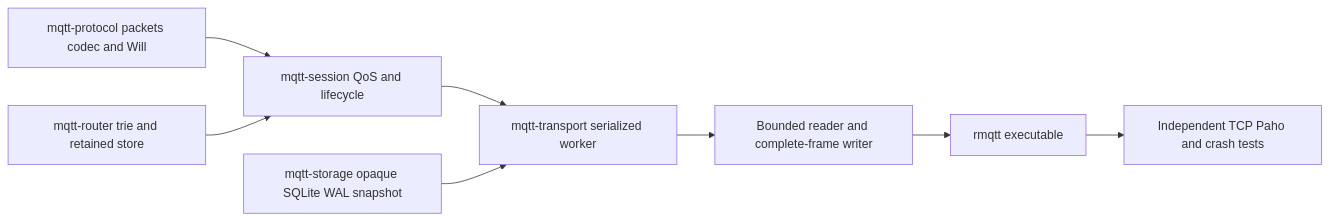
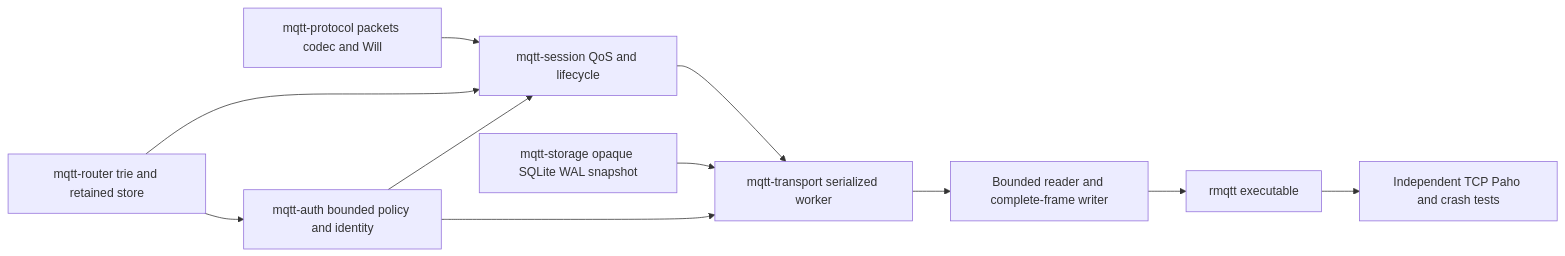
One commit to lyrnor/lyrnormq changed the diagram in docs/architecture.md. Above: the diagram before and after it, drawn with Mermaid. The commit also changed other lines of this file and 9 other files, not shown here.

````diff
--- a/docs/architecture.md
+++ b/docs/architecture.md
@@ -11,10 +12,13 @@
 ```mermaid
 graph LR
   Protocol[mqtt-protocol packets codec and Will] --> Model[mqtt-session QoS and lifecycle]
   Router[mqtt-router trie and retained store] --> Model
+  Router --> Auth[mqtt-auth bounded policy and identity]
+  Auth --> Model
+  Auth --> Worker
   Model --> Worker[mqtt-transport serialized worker]
   Storage[mqtt-storage opaque SQLite WAL snapshot] --> Worker
   Worker --> Network[Bounded reader and complete-frame writer]
   Network --> CLI[rmqtt executable]
   CLI --> QA[Independent TCP Paho and crash tests]
 ```
````
